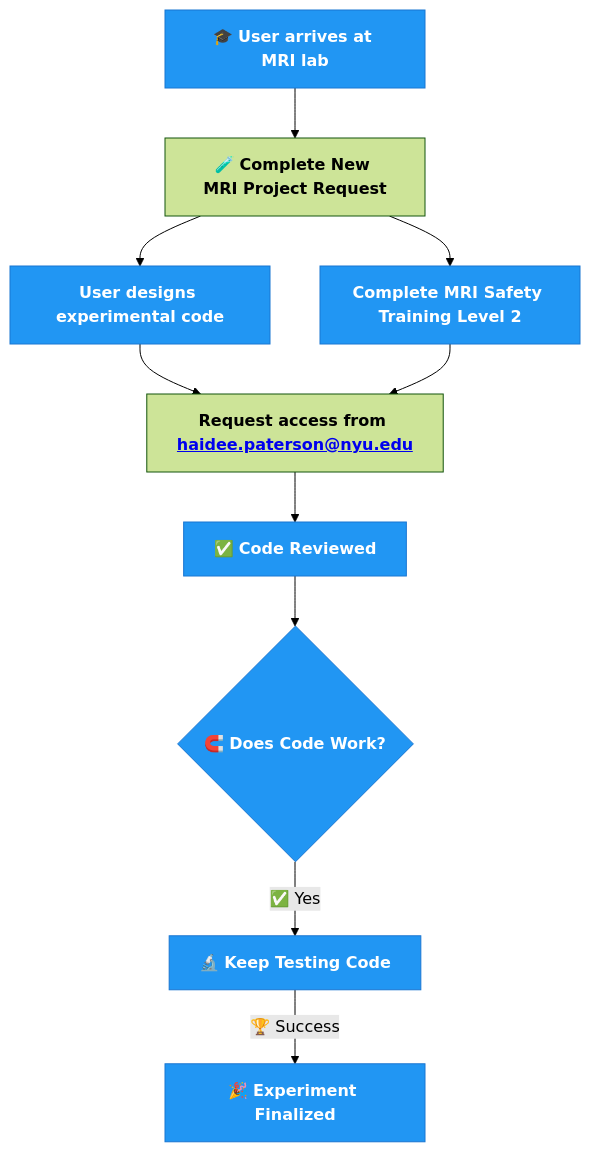
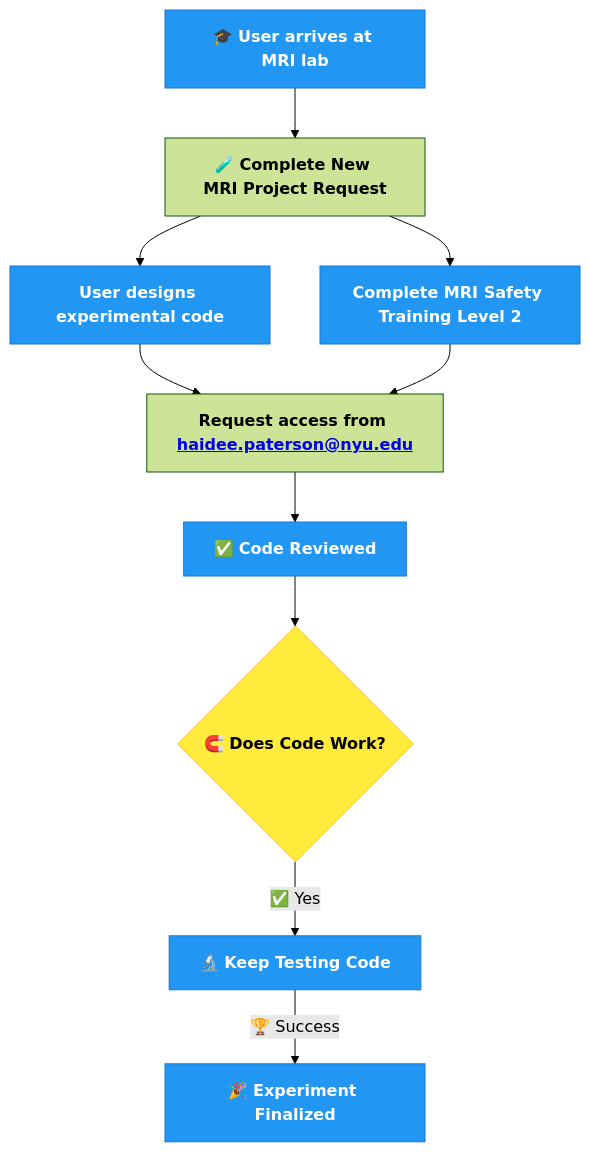
Before and after one commit to BioMedicalImaging-Core-NYUAD/brainimaging-lab-documentation: the diagram in docs/source/1-lab_overview/3-process_diagram.rst, drawn with Mermaid (forest theme). The commit also changed other lines of this file, not shown here.

Commit message:
added link

```diff
--- a/docs/source/1-lab_overview/3-process_diagram.rst
+++ b/docs/source/1-lab_overview/3-process_diagram.rst
@@ -5,25 +5,26 @@
 .. mermaid::
 
   graph TD;
     A[🎓 <b>User arrives at MRI lab</b>] --> B[🧪 <b>Complete New MRI Project Request</b>];
     B --> C[<b>User designs experimental code</b>];
     B --> D[<b>Complete MRI Safety Training Level 2</b>];
     C --> E[<b>Request access from <a href="mailto:haidee.paterson@nyu.edu">haidee.paterson@nyu.edu</a></b>];
     D --> E;
     E --> F[✅ <b>Code Reviewed</b>];
     F --> G{🧲️ <b>Does Code Work?</b>};
     G --✅ Yes --> H[🔬 <b>Keep Testing Code</b>];
     H -->|🏆 Success| I[🎉 <b>Experiment Finalized</b>];
 
     %% Clickable Nodes
     click B "https://drive.google.com/file/d/10Py1KSAsktpCjU6c3lLuWLqVL2a5ofee/view?usp=drive_link"
     click D "https://app.imagingu.com/courses/personnel-group-ii-yearly"
     click E "mailto:haidee.paterson@nyu.edu" "Email haidee.paterson@nyu.edu"
 
     %% Style Definitions
     classDef success fill:#4CAF50,stroke:#2E7D32,color:#fff;
     classDef decision fill:#FFEB3B,stroke:#FBC02D,color:#000;
     classDef process fill:#2196F3,stroke:#1976D2,color:#fff;
     classDef warning fill:#FF5722,stroke:#E64A19,color:#fff;
 
-    class A,C,D,F,G,H,I process;
+    class A,C,D,F,H,I process;
+    class G decision;
```
